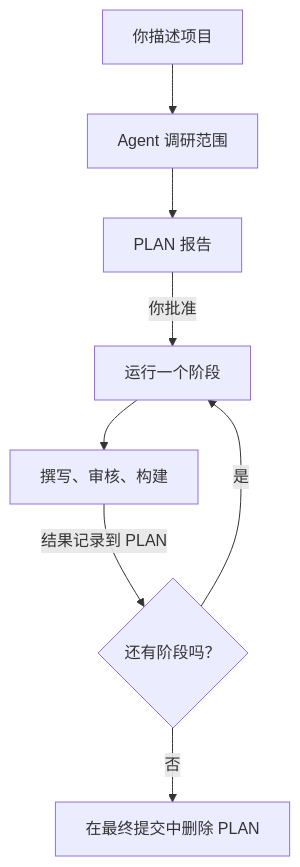
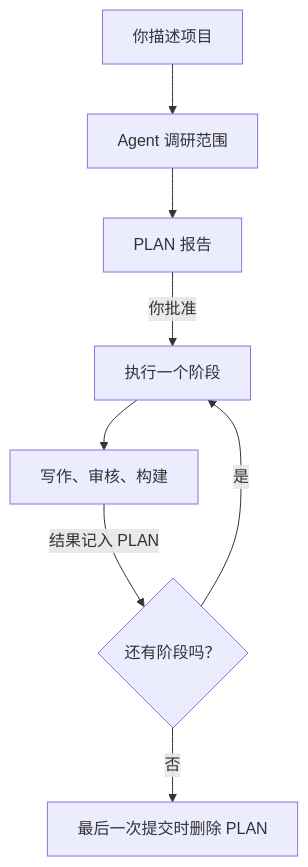
Before and after one commit to context4ai/portal: the diagram in translations/zh-CN/sop/planning-and-production/planning-large-projects.md, drawn with Mermaid. The commit also changed other lines of this file and 13 other files, not shown here.

````diff
--- a/translations/zh-CN/sop/planning-and-production/planning-large-projects.md
+++ b/translations/zh-CN/sop/planning-and-production/planning-large-projects.md
@@ -16,10 +16,10 @@
 ```mermaid
 flowchart TD
   ask["你描述项目"] --> research["Agent 调研范围"]
   research --> plan["PLAN 报告"]
-  plan -->|"你批准"| stage["运行一个阶段"]
-  stage --> deliver["撰写、审核、构建"]
-  deliver -->|"结果记录到 PLAN"| next{"还有阶段吗？"}
+  plan -->|"你批准"| stage["执行一个阶段"]
+  stage --> deliver["写作、审核、构建"]
+  deliver -->|"结果记入 PLAN"| next{"还有阶段吗？"}
   next -->|是| stage
-  next -->|否| close["在最终提交中删除 PLAN"]
+  next -->|否| close["最后一次提交时删除 PLAN"]
 ```
````
